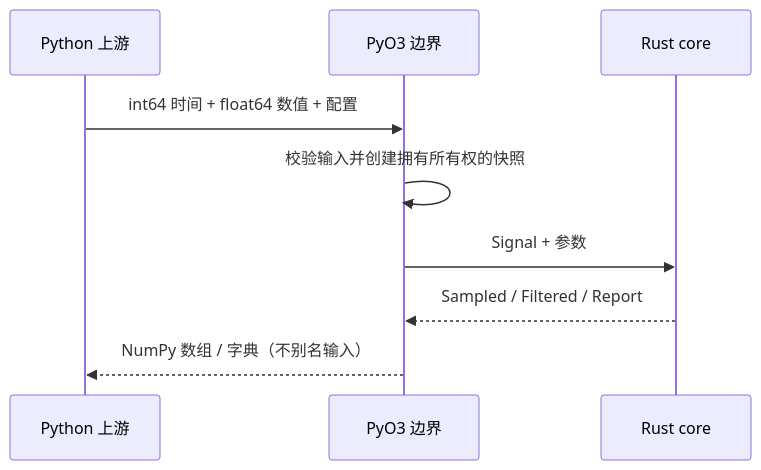
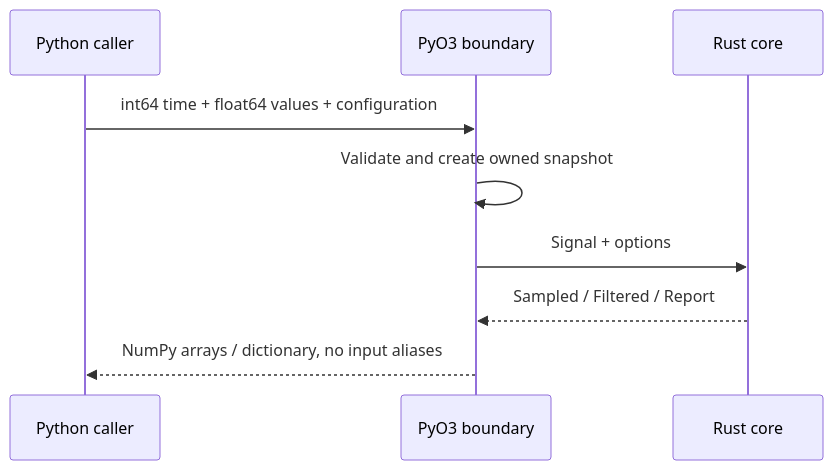
Before and after one commit to XieWeikai/mcap-ops: the fourth of 4 diagrams in docs/architecture.md, drawn with Mermaid. The commit also changed other lines of this file and 71 other files, not shown here.

````diff
--- a/docs/architecture.md
+++ b/docs/architecture.md
@@ -96,11 +110,11 @@
 ```mermaid
 sequenceDiagram
-    participant U as Python 上游
-    participant P as PyO3 边界
+    participant U as Python caller
+    participant P as PyO3 boundary
     participant C as Rust core
-    U->>P: int64 时间 + float64 数值 + 配置
-    P->>P: 校验输入并创建拥有所有权的快照
-    P->>C: Signal + 参数
+    U->>P: int64 time + float64 values + configuration
+    P->>P: Validate and create owned snapshot
+    P->>C: Signal + options
     C-->>P: Sampled / Filtered / Report
-    P-->>U: NumPy 数组 / 字典（不别名输入）
+    P-->>U: NumPy arrays / dictionary, no input aliases
 ```
````
